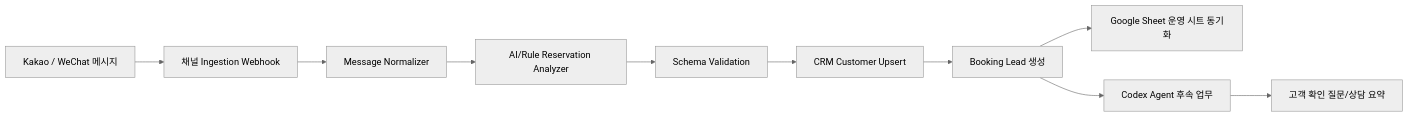
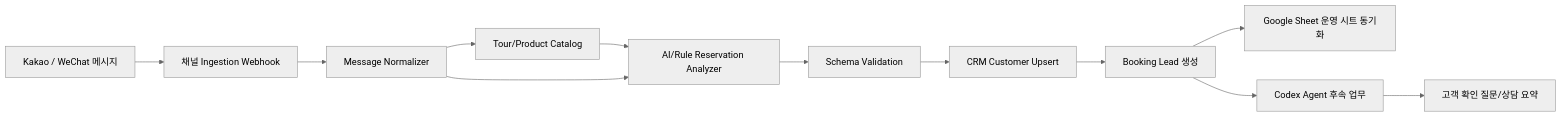
The diagram in docs/data-flow.md (cstion-ai/cstion), drawn with Mermaid (neutral theme) before and after one commit. The commit also changed other lines of this file and 17 other files, not shown here.

First line of the commit message:
Let operators drive booking tests from a tour catalog

````diff
--- a/docs/data-flow.md
+++ b/docs/data-flow.md
@@ -3,12 +3,14 @@
 ```mermaid
 flowchart LR
   K[Kakao / WeChat 메시지] --> I[채널 Ingestion Webhook]
   I --> N[Message Normalizer]
-  N --> A[AI/Rule Reservation Analyzer]
+  N --> P[Tour/Product Catalog]
+  P --> A[AI/Rule Reservation Analyzer]
+  N --> A
   A --> V[Schema Validation]
   V --> C[CRM Customer Upsert]
   C --> B[Booking Lead 생성]
   B --> S[Google Sheet 운영 시트 동기화]
   B --> G[Codex Agent 후속 업무]
   G --> K2[고객 확인 질문/상담 요약]
 ```
````
